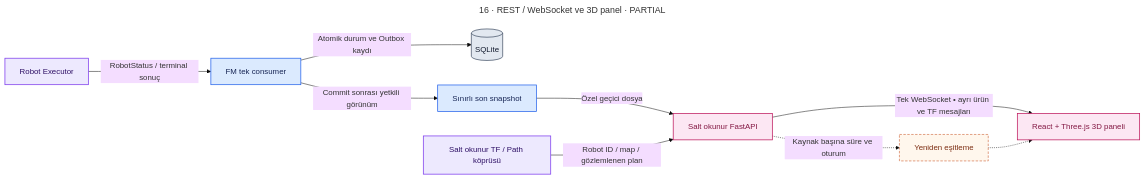
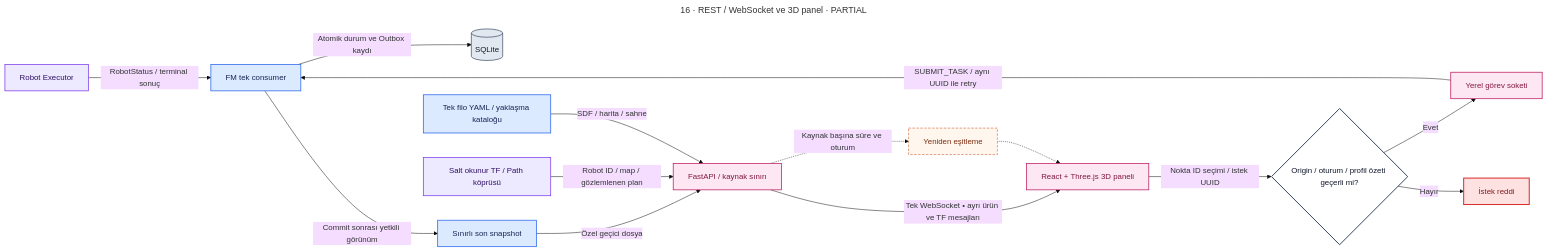
The diagram in docs/diagrams/src/rest-websocket-gui.mmd (m-gnr/ros2-fleet-manager), drawn with Mermaid (base theme) before and after one commit. The commit also changed 56 other files, not shown here.

```diff
--- a/docs/diagrams/src/rest-websocket-gui.mmd
+++ b/docs/diagrams/src/rest-websocket-gui.mmd
@@ -1,22 +1,27 @@
 ---
 title: "16 · REST / WebSocket ve 3D panel · PARTIAL"
 ---
 flowchart LR
  EX["Robot Executor"]:::executor -->|"RobotStatus / terminal sonuç"| Q["FM tek consumer"]:::fm
  Q -->|"Atomik durum ve Outbox kaydı"| DB[("SQLite")]:::db
  Q -->|"Commit sonrası yetkili görünüm"| S["Sınırlı son snapshot"]:::fm
- S -->|"Özel geçici dosya"| API["Salt okunur FastAPI"]:::ui
+ S -->|"Özel geçici dosya"| API["FastAPI / kaynak sınırı"]:::ui
  ROS["Salt okunur TF / Path köprüsü"]:::executor -->|"Robot ID / map / gözlemlenen plan"| API
  API -->|"Tek WebSocket • ayrı ürün ve TF mesajları"| U["React + Three.js 3D paneli"]:::ui
  API -.->|"Kaynak başına süre ve oturum"| R["Yeniden eşitleme"]:::wait
  R -.-> U
+ Y["Tek filo YAML / yaklaşma kataloğu"]:::fm -->|"SDF / harita / sahne"| API
+ U -->|"Nokta ID seçimi / istek UUID"| W{"Origin / oturum / profil özeti geçerli mi?"}:::decision
+ W -->|"Evet"| I["Yerel görev soketi"]:::ui
+ I -->|"SUBMIT_TASK / aynı UUID ile retry"| Q
+ W -->|"Hayır"| B["İstek reddi"]:::error
 
  classDef fm fill:#dbeafe,stroke:#2563eb,color:#172554,stroke-width:1.5px;
  classDef executor fill:#ede9fe,stroke:#7c3aed,color:#2e1065,stroke-width:1.5px;
  classDef battery fill:#fef3c7,stroke:#d97706,color:#78350f,stroke-width:1.5px;
  classDef db fill:#e2e8f0,stroke:#475569,color:#0f172a,stroke-width:1.5px;
  classDef ui fill:#fce7f3,stroke:#be185d,color:#831843,stroke-width:1.5px;
  classDef decision fill:#fff,stroke:#334155,color:#0f172a,stroke-width:2px;
  classDef error fill:#fee2e2,stroke:#dc2626,color:#7f1d1d,stroke-width:2px;
  classDef wait fill:#fff7ed,stroke:#c2410c,color:#7c2d12,stroke-dasharray:5 3;
  classDef terminal fill:#dcfce7,stroke:#15803d,color:#14532d,stroke-width:2px;
```
